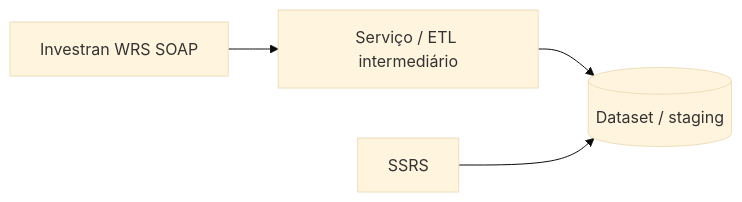
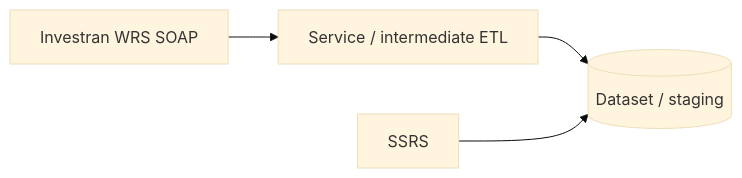
Before and after one commit to msekimoto/investran: the fourth of 4 diagrams in docs/reporting/04-microsoft-ssrs.md, drawn with Mermaid (base theme). The commit also changed other lines of this file and 105 other files, not shown here.

````diff
--- a/docs/reporting/04-microsoft-ssrs.md
+++ b/docs/reporting/04-microsoft-ssrs.md
@@ -96,6 +96,6 @@
 ```mermaid
 flowchart LR
-    WRS[Investran WRS SOAP] --> APP[Serviço / ETL intermediário]
+    WRS[Investran WRS SOAP] --> APP[Service / intermediate ETL]
     APP --> STAGE[(Dataset / staging)]
     SSRS[SSRS] --> STAGE
 ```
````
